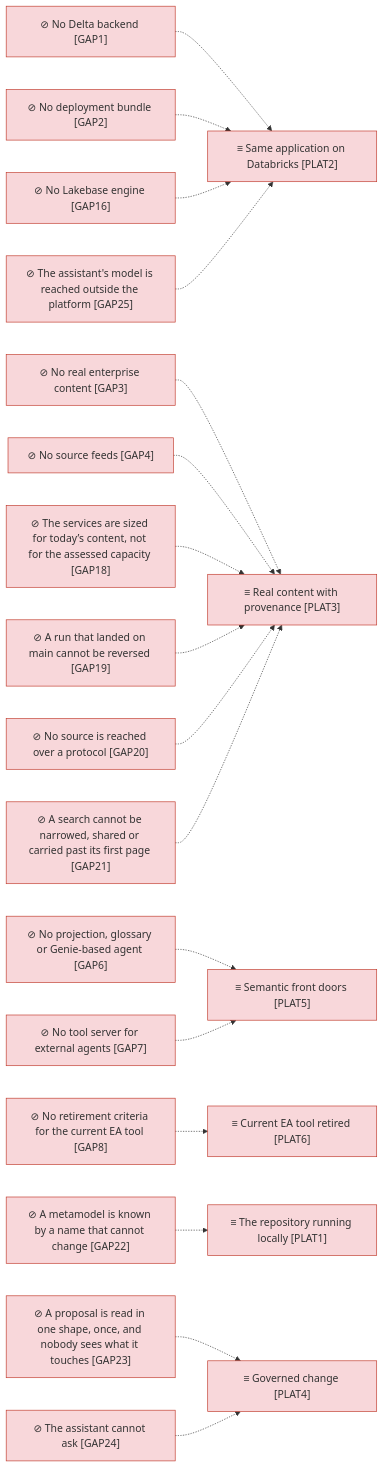
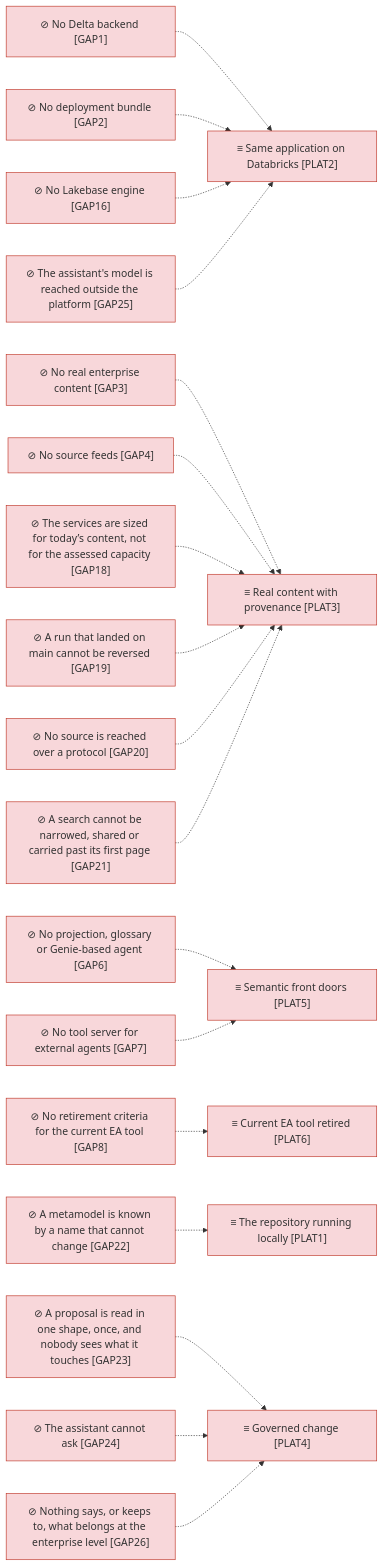
One commit to roanboc/dbx-enterprise-architecture changed the third of 4 diagrams in architecture/6_transition/1_target-state.md. Above: the diagram before and after it, drawn with Mermaid. The commit also changed other lines of this file and 10 other files, not shown here.

First line of the commit message:
docs(architecture): initiative 23, principle P9 for Direction; initiative 24 widened

````diff
--- a/architecture/6_transition/1_target-state.md
+++ b/architecture/6_transition/1_target-state.md
@@ -63,43 +63,45 @@
 ```mermaid
 flowchart LR
   p1["≡ The repository running locally [PLAT1]"]:::implementation
   p2["≡ Same application on Databricks [PLAT2]"]:::implementation
   p3["≡ Real content with provenance [PLAT3]"]:::implementation
   p5["≡ Semantic front doors [PLAT5]"]:::implementation
   p6["≡ Current EA tool retired [PLAT6]"]:::implementation
   g1["⊘ No Delta backend [GAP1]"]:::implementation
   g2["⊘ No deployment bundle [GAP2]"]:::implementation
   g16["⊘ No Lakebase engine [GAP16]"]:::implementation
   g3["⊘ No real enterprise content [GAP3]"]:::implementation
   g4["⊘ No source feeds [GAP4]"]:::implementation
   g6["⊘ No projection, glossary or Genie-based agent [GAP6]"]:::implementation
   g7["⊘ No tool server for external agents [GAP7]"]:::implementation
   g8["⊘ No retirement criteria for the current EA tool [GAP8]"]:::implementation
   g18["⊘ The services are sized for today’s content, not for the assessed capacity [GAP18]"]:::implementation
   g19["⊘ A run that landed on main cannot be reversed [GAP19]"]:::implementation
   g20["⊘ No source is reached over a protocol [GAP20]"]:::implementation
   g21["⊘ A search cannot be narrowed, shared or carried past its first page [GAP21]"]:::implementation
   g22["⊘ A metamodel is known by a name that cannot change [GAP22]"]:::implementation
   g23["⊘ A proposal is read in one shape, once, and nobody sees what it touches [GAP23]"]:::implementation
   g24["⊘ The assistant cannot ask [GAP24]"]:::implementation
   g25["⊘ The assistant's model is reached outside the platform [GAP25]"]:::implementation
+  g26["⊘ Nothing says, or keeps to, what belongs at the enterprise level [GAP26]"]:::implementation
   p4["≡ Governed change [PLAT4]"]:::implementation
   g1 -.-> p2
   g2 -.-> p2
   g16 -.-> p2
   g3 -.-> p3
   g4 -.-> p3
   g6 -.-> p5
   g7 -.-> p5
   g8 -.-> p6
   g18 -.-> p3
   g19 -.-> p3
   g20 -.-> p3
   g21 -.-> p3
   g22 -.-> p1
   g23 -.-> p4
   g24 -.-> p4
   g25 -.-> p2
+  g26 -.-> p4
 
   classDef implementation fill:#f8d7da,stroke:#c0392b,color:#333
 ```
````
